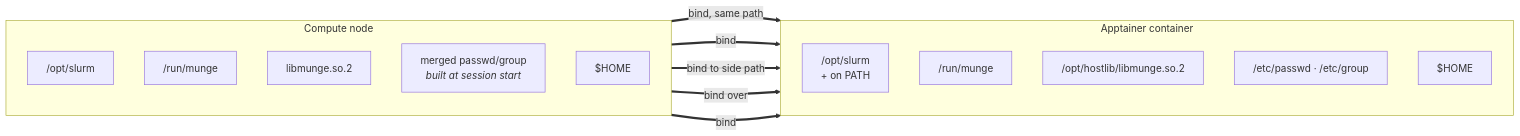
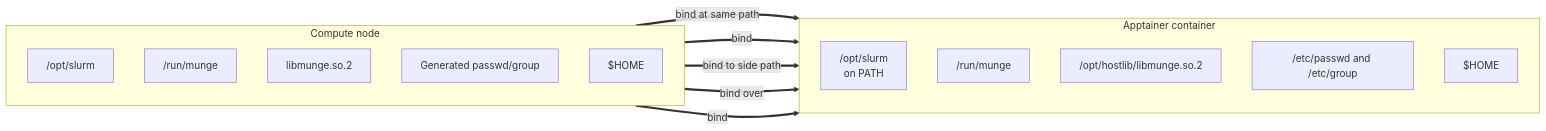
One commit to Harvard-ATG/ood-rstudio changed the second of 3 diagrams in SLURM.md. Above: the diagram before and after it, drawn with Mermaid. The commit also changed other lines of this file and 1 other file, not shown here.

First line of the commit message:
Rewrite SLURM.md and the README pointer for clarity

````diff
--- a/SLURM.md
+++ b/SLURM.md
@@ -116,26 +243,26 @@
 ```mermaid
 flowchart LR
-    subgraph node2["Compute node"]
+    subgraph node["Compute node"]
         direction TB
-        SB2["/opt/slurm"]
-        MU2["/run/munge"]
+        SB["/opt/slurm"]
+        MU["/run/munge"]
         ML["libmunge.so.2"]
-        MG["merged passwd/group<br/><i>built at session start</i>"]
-        HM2["$HOME"]
+        MG["Generated passwd/group"]
+        HM["$HOME"]
     end
 
-    subgraph ctr2["Apptainer container"]
+    subgraph ctr["Apptainer container"]
         direction TB
-        P2["/opt/slurm<br/>+ on PATH"]
+        P2["/opt/slurm<br/>on PATH"]
         M2["/run/munge"]
         L2["/opt/hostlib/libmunge.so.2"]
-        E2["/etc/passwd · /etc/group"]
+        E2["/etc/passwd and /etc/group"]
         H2["$HOME"]
     end
 
-    SB2 == "bind, same path" ==> P2
-    MU2 == "bind" ==> M2
+    SB == "bind at same path" ==> P2
+    MU == "bind" ==> M2
     ML == "bind to side path" ==> L2
     MG == "bind over" ==> E2
-    HM2 == "bind" ==> H2
+    HM == "bind" ==> H2
 ```
````
